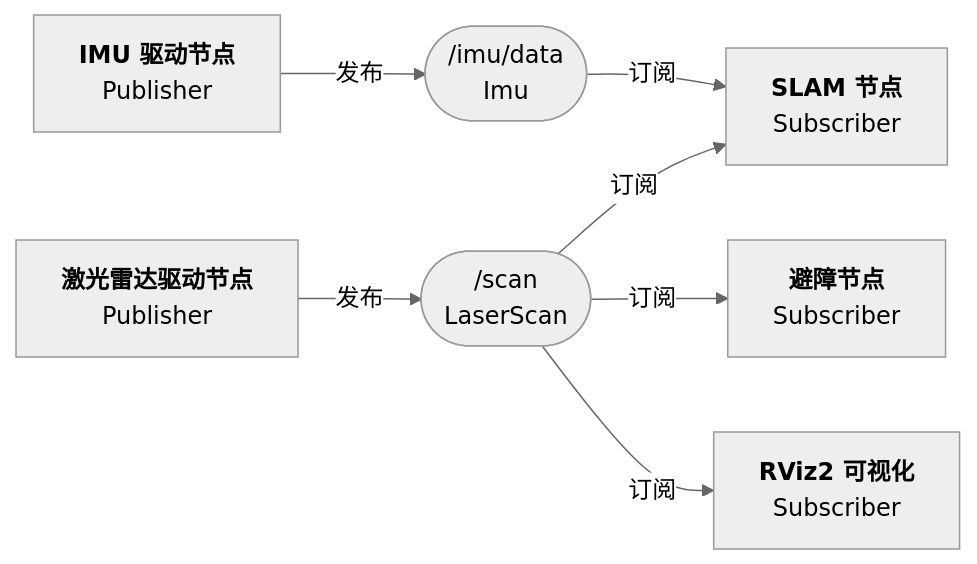
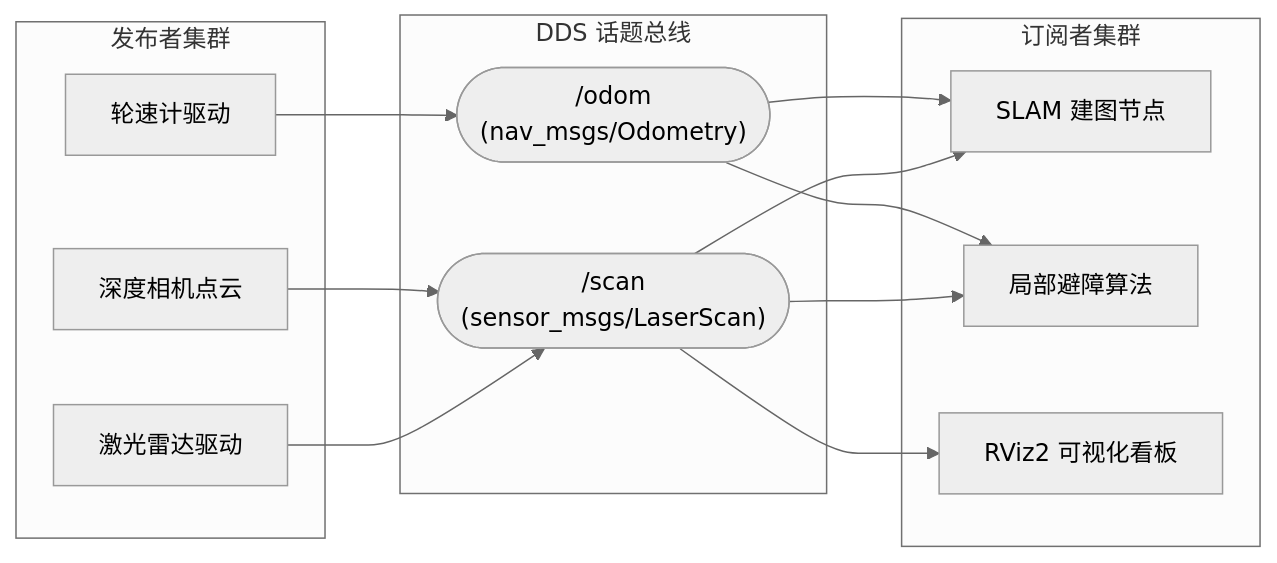
The eighth of 26 diagrams in _posts/research/2026-03-05-ROS2-Survey.md (TingdeLiu/tingdeliu.github.io), drawn with Mermaid (neutral theme) before and after one commit. The commit also changed other lines of this file and 1 other file, not shown here.

Commit message:
docs(research): optimize ROS 2 survey post with in-depth architectures, QoS matrices, and ecosystems

````diff
--- a/_posts/research/2026-03-05-ROS2-Survey.md
+++ b/_posts/research/2026-03-05-ROS2-Survey.md
@@ -264,22 +310,25 @@
-<div class="mermaid">
+```mermaid
 flowchart LR
-    P1["`**激光雷达驱动节点**
-    Publisher`"]
-    P2["`**IMU 驱动节点**
-    Publisher`"]
-    T1(["/scan\nLaserScan"])
-    T2(["/imu/data\nImu"])
-    S1["`**SLAM 节点**
-    Subscriber`"]
-    S2["`**避障节点**
-    Subscriber`"]
-    S3["`**RViz2 可视化**
-    Subscriber`"]
+    subgraph Publishers["发布者集群"]
+        P1["激光雷达驱动"]
+        P2["深度相机点云"]
+        P3["轮速计驱动"]
+    end
 
-    P1 -->|发布| T1
-    P2 -->|发布| T2
-    T1 -->|订阅| S1
-    T1 -->|订阅| S2
-    T1 -->|订阅| S3
-    T2 -->|订阅| S1
-</div>
+    subgraph Channel["DDS 话题总线"]
+        T1(["/scan\n(sensor_msgs/LaserScan)"])
+        T2(["/odom\n(nav_msgs/Odometry)"])
+    end
+
+    subgraph Subscribers["订阅者集群"]
+        S1["SLAM 建图节点"]
+        S2["局部避障算法"]
+        S3["RViz2 可视化看板"]
+    end
+
+    P1 --> T1
+    P2 --> T1
+    P3 --> T2
+    T1 --> S1 & S2 & S3
+    T2 --> S1 & S2
+```
````
